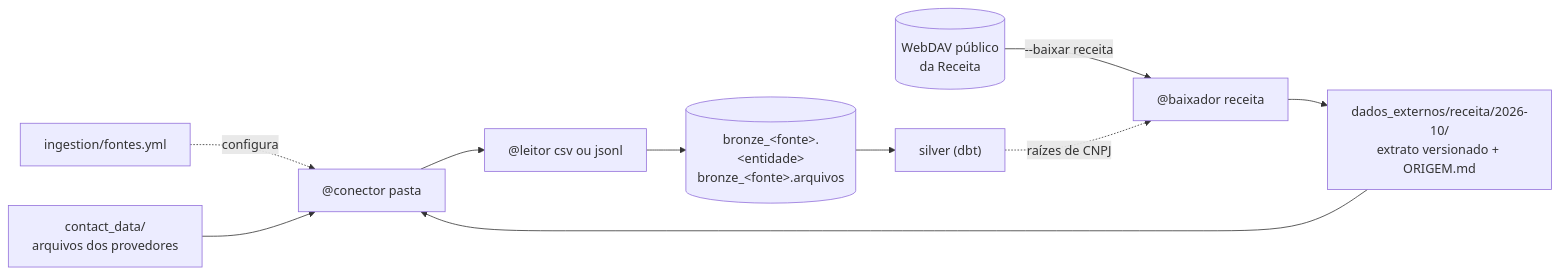
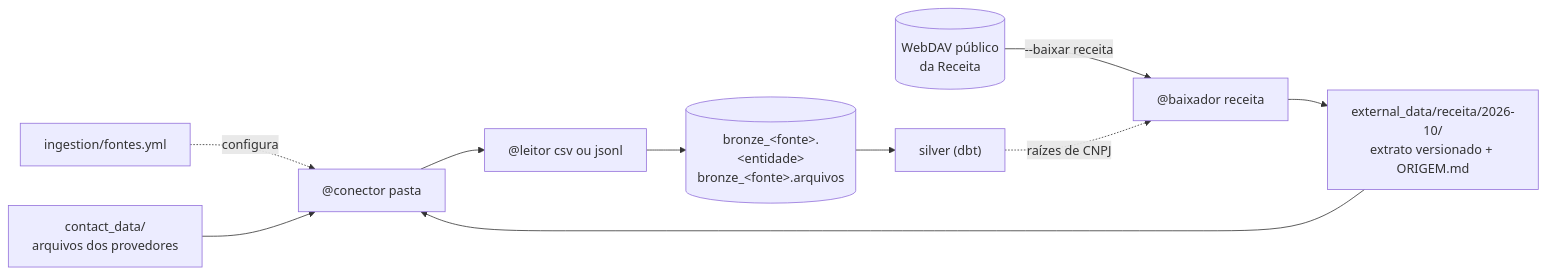
One commit to Sebastian6-6/collections-contact-risk changed the diagram in docs/ingestao.md. Above: the diagram before and after it, drawn with Mermaid. The commit also changed other lines of this file and 26 other files, not shown here.

````diff
--- a/docs/ingestao.md
+++ b/docs/ingestao.md
@@ -9,12 +9,12 @@
 ```mermaid
 flowchart LR
   Y["ingestion/fontes.yml"] -.configura.-> C
   P["contact_data/<br/>arquivos dos provedores"] --> C["@conector pasta"]
   W[("WebDAV público<br/>da Receita")] -->|"--baixar receita"| D["@baixador receita"]
-  D --> X["dados_externos/receita/2026-10/<br/>extrato versionado + ORIGEM.md"]
+  D --> X["external_data/receita/2026-10/<br/>extrato versionado + ORIGEM.md"]
   X --> C
   C --> L["@leitor csv ou jsonl"]
   L --> B[("bronze_&lt;fonte&gt;.&lt;entidade&gt;<br/>bronze_&lt;fonte&gt;.arquivos")]
   B --> S["silver (dbt)"]
   S -.raízes de CNPJ.-> D
 ```
````
